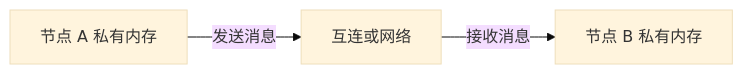
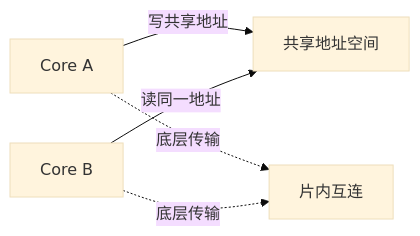
One commit to 74262195/system-architect-notes changed the diagram in 01_综合知识/01_计算机系统基础知识/01_计算机组成与体系结构/06_体系结构与并行处理/并行计算-共享内存与消息传递.md. Above: the diagram before and after it, drawn with Mermaid (base theme). The commit also changed other lines of this file, not shown here.

```diff
--- a/01_综合知识/01_计算机系统基础知识/01_计算机组成与体系结构/06_体系结构与并行处理/并行计算-共享内存与消息传递.md
+++ b/01_综合知识/01_计算机系统基础知识/01_计算机组成与体系结构/06_体系结构与并行处理/并行计算-共享内存与消息传递.md
@@ -128,5 +66,7 @@
 ~~~mermaid
 flowchart LR
-    A[节点 A 私有内存] -->|发送消息| B[互连或网络]
-    B -->|接收消息| C[节点 B 私有内存]
+    A[Core A] -->|写共享地址| M[共享地址空间]
+    B[Core B] -->|读同一地址| M
+    A -.底层传输.-> I[片内互连]
+    B -.底层传输.-> I
 ~~~
```
